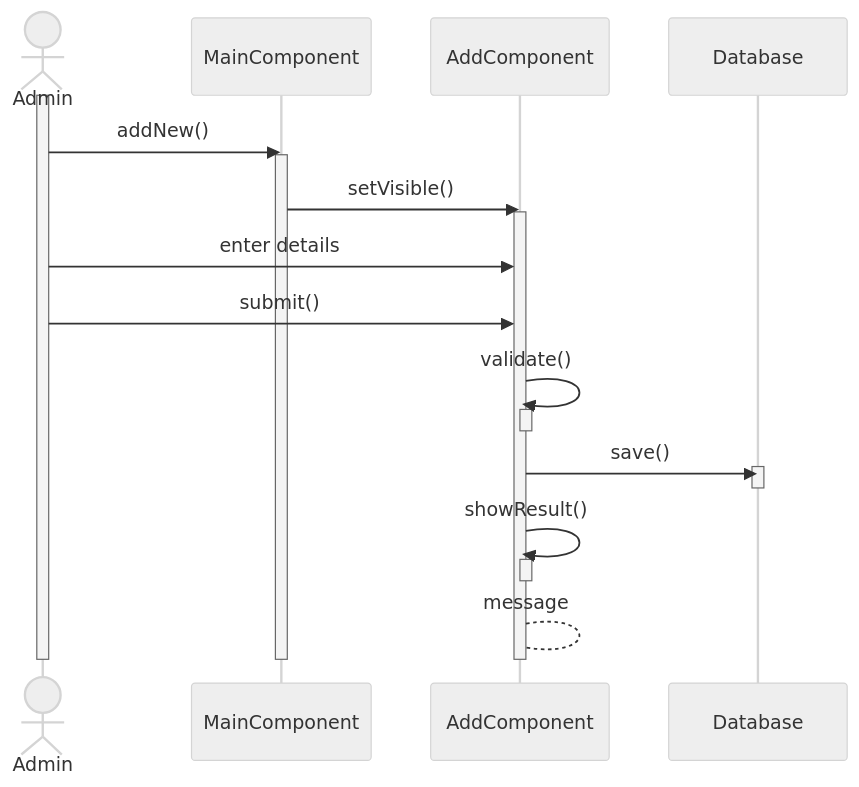
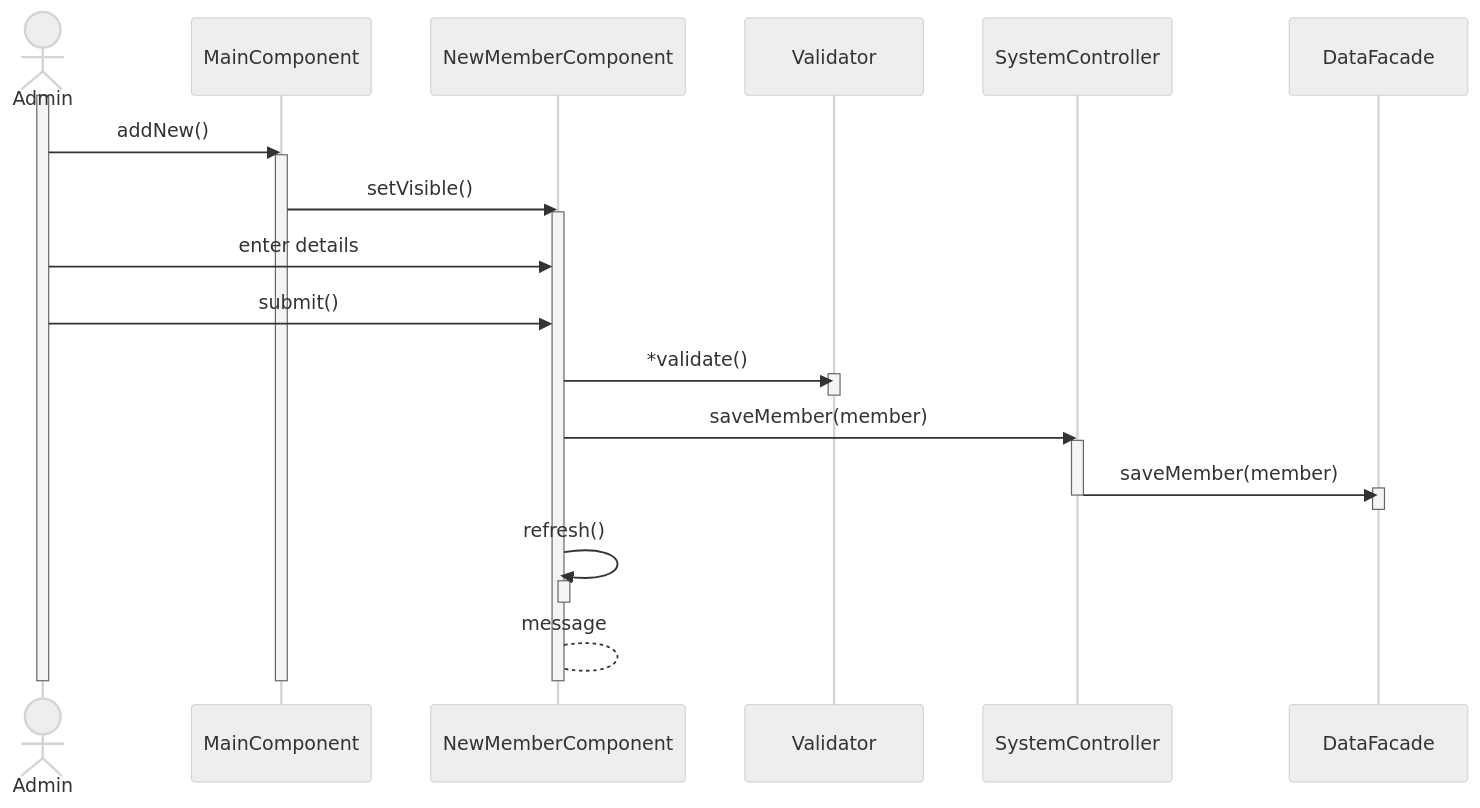
Before and after one commit to RazorSh4rk/MPP: the diagram in docs/add-new-member.md, drawn with Mermaid (neutral theme). The commit also changed other lines of this file and 1 other file, not shown here.

Commit message:
Little changes on 2 main Sequence diagram mentioned in the requirement.

````diff
--- a/docs/add-new-member.md
+++ b/docs/add-new-member.md
@@ -8,28 +8,37 @@
 ```mermaid
 sequenceDiagram
     Actor A as Admin
     Participant MC as MainComponent
-    Participant AC as AddComponent
-    Participant DB as Database
+    Participant AC as NewMemberComponent
+    Participant V as Validator
+    PARTICIPANT SC as SystemController
+    Participant DB as DataFacade
 
     activate A
     A->>MC: addNew()
     activate MC
     MC->>AC: setVisible()
     activate AC
     A->>AC: enter details
     A->>AC: submit()
-    AC->>AC: validate()
+    
+    AC->>V: *validate()
+    activate V
+    deactivate V
+    
+    AC->>SC: saveMember(member)
+    activate SC
+    SC->>DB: saveMember(member)
+    activate DB
+    deactivate DB
+    deactivate SC
+    
+    AC->>AC: refresh()
     activate AC
     deactivate AC
-    AC->>DB: save()
-    activate DB
-    deactivate DB
-    AC->>AC: showResult()
-    activate AC
-    deactivate AC
+    
     AC-->AC: message
     deactivate AC
     deactivate MC
     deactivate A
 ```
````
